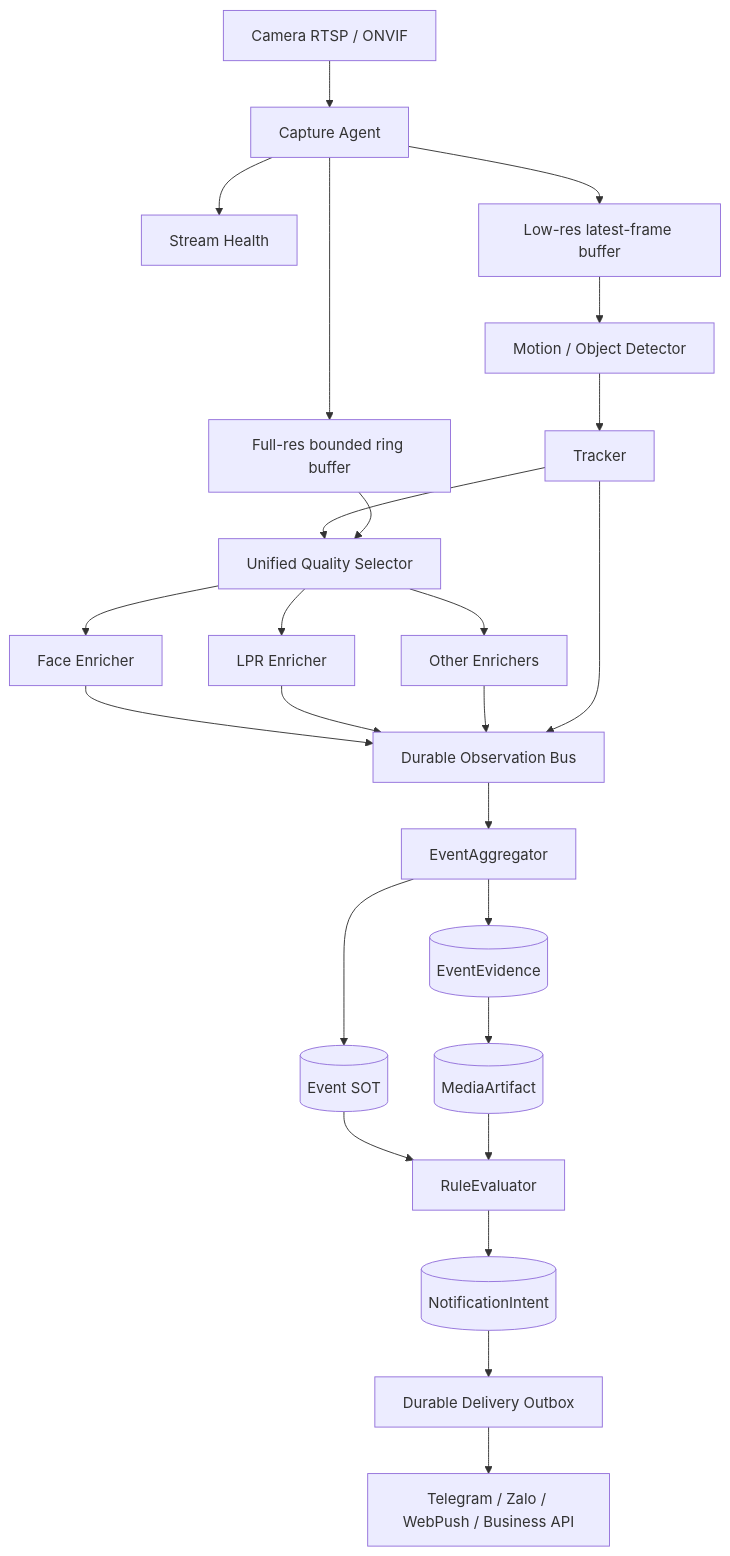
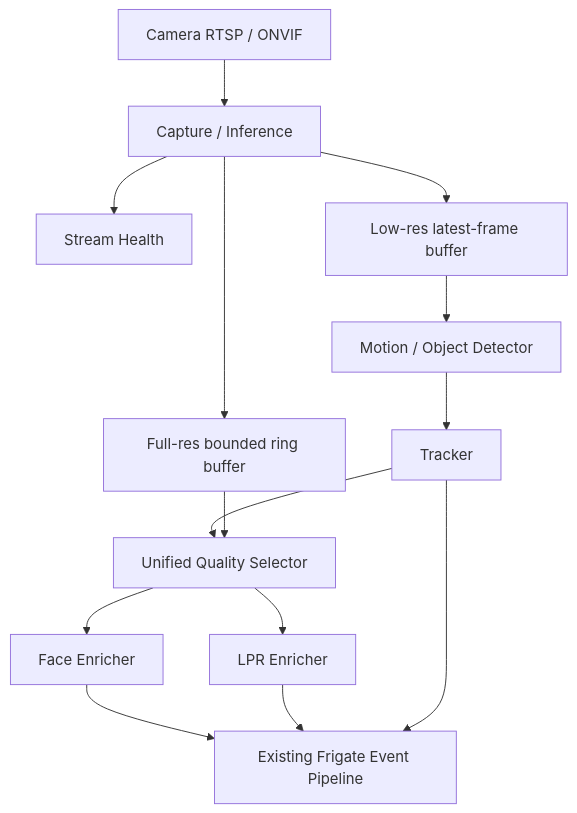
The first of 2 diagrams in docs/architecture/Platform.md (Kira7dn/ComputerVision), drawn with Mermaid before and after one commit. The commit also changed other lines of this file and 17 other files, not shown here.

````diff
--- a/docs/architecture/Platform.md
+++ b/docs/architecture/Platform.md
@@ -80,48 +80,28 @@
 ```mermaid
 flowchart TB
     Camera[Camera RTSP / ONVIF]
-    Agent[Capture Agent]
+    Agent[Capture / Inference]
     Health[Stream Health]
     DetectBuffer[Low-res latest-frame buffer]
     EvidenceBuffer[Full-res bounded ring buffer]
     Detector[Motion / Object Detector]
     Tracker[Tracker]
     Selector[Unified Quality Selector]
     Face[Face Enricher]
     LPR[LPR Enricher]
-    Other[Other Enrichers]
-    Obs[Durable Observation Bus]
-    Agg[EventAggregator]
-    Event[(Event SOT)]
-    Evidence[(EventEvidence)]
-    Artifact[(MediaArtifact)]
-    Rules[RuleEvaluator]
-    Intent[(NotificationIntent)]
-    Outbox[Durable Delivery Outbox]
-    Channels[Telegram / Zalo / WebPush / Business API]
+    Output[Existing Frigate Event Pipeline]
 
     Camera --> Agent
     Agent --> Health
     Agent --> DetectBuffer
     Agent --> EvidenceBuffer
     DetectBuffer --> Detector
     Detector --> Tracker
     Tracker --> Selector
     EvidenceBuffer --> Selector
     Selector --> Face
     Selector --> LPR
-    Selector --> Other
-    Face --> Obs
-    LPR --> Obs
-    Other --> Obs
-    Tracker --> Obs
-    Obs --> Agg
-    Agg --> Event
-    Agg --> Evidence
-    Evidence --> Artifact
-    Event --> Rules
-    Artifact --> Rules
-    Rules --> Intent
-    Intent --> Outbox
-    Outbox --> Channels
+    Face --> Output
+    LPR --> Output
+    Tracker --> Output
 ```
````
